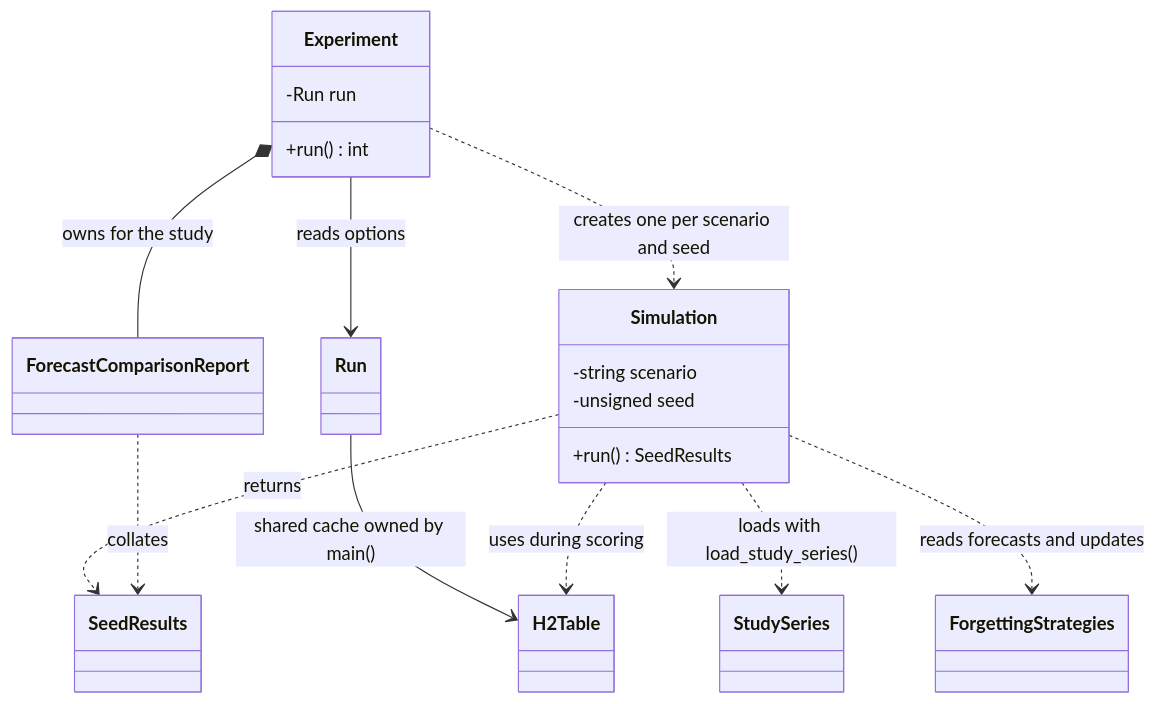
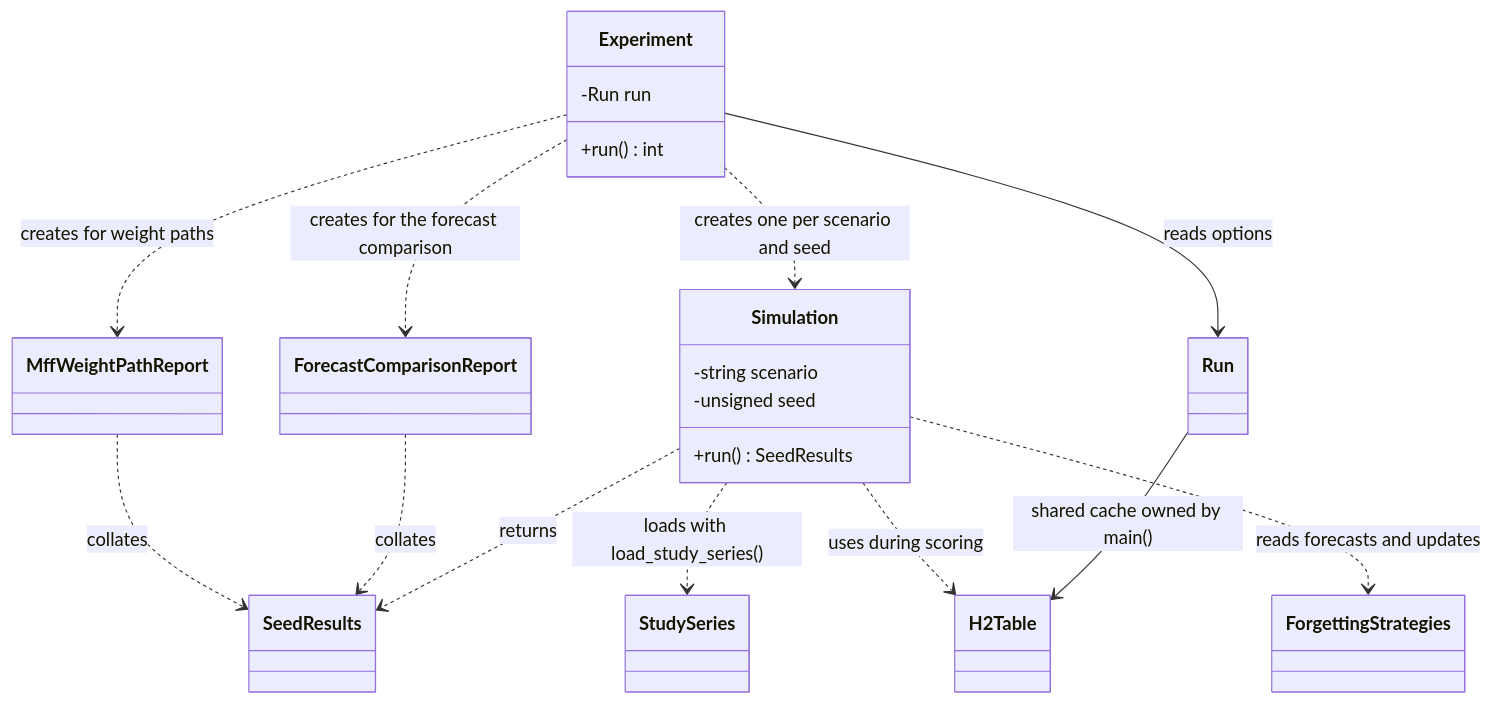
One commit to sallyysun/datastreamer changed the first of 2 diagrams in experiments/docs/design/simulation.md. Above: the diagram before and after it, drawn with Mermaid. The commit also changed other lines of this file and 2 other files, not shown here.

````diff
--- a/experiments/docs/design/simulation.md
+++ b/experiments/docs/design/simulation.md
@@ -68,28 +69,30 @@
 ```mermaid
 classDiagram
     class Experiment {
         -Run run
         +run() int
     }
     class Run
     class Simulation {
         -string scenario
         -unsigned seed
         +run() SeedResults
     }
     class SeedResults
     class ForecastComparisonReport
     class StudySeries
     class ForgettingStrategies
     class H2Table
 
-    Experiment *-- ForecastComparisonReport : owns for the study
+    Experiment ..> ForecastComparisonReport : creates for the forecast comparison
+    Experiment ..> MffWeightPathReport : creates for weight paths
     Experiment --> Run : reads options
     Run --> H2Table : shared cache owned by main()
     Experiment ..> Simulation : creates one per scenario and seed
     Simulation ..> StudySeries : loads with load_study_series()
     Simulation ..> ForgettingStrategies : reads forecasts and updates
     Simulation ..> H2Table : uses during scoring
     Simulation ..> SeedResults : returns
     ForecastComparisonReport ..> SeedResults : collates
+    MffWeightPathReport ..> SeedResults : collates
 ```
````
